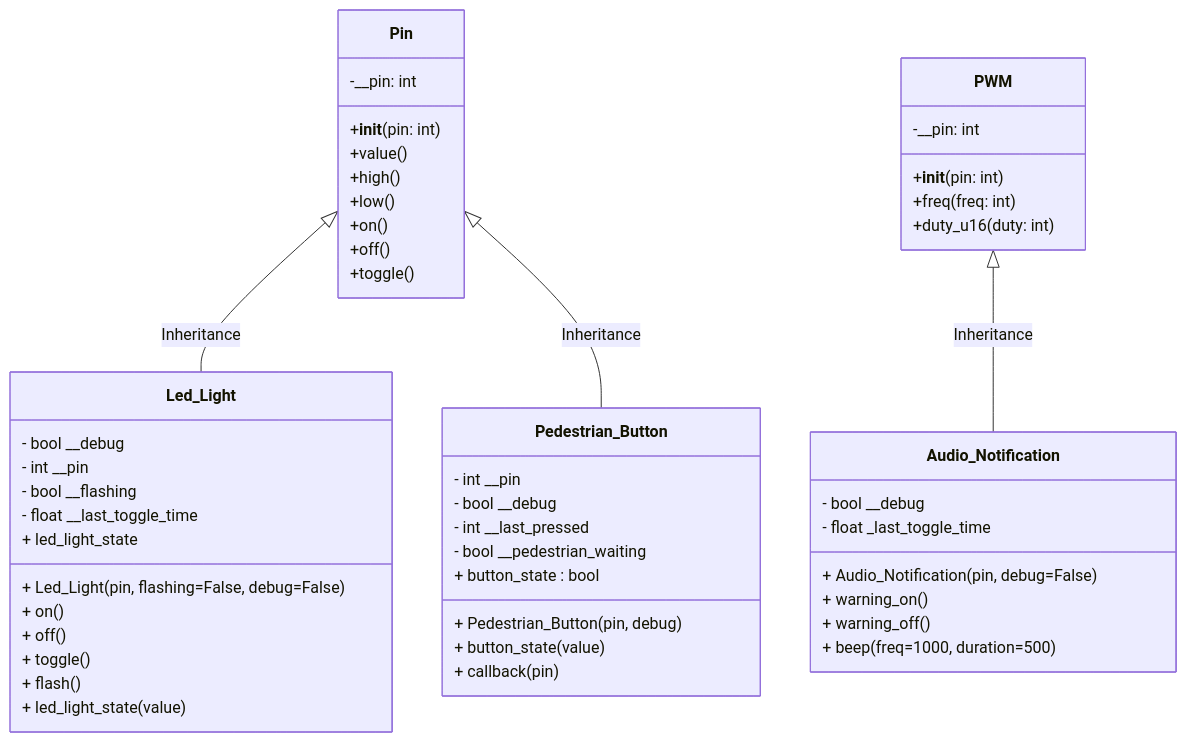
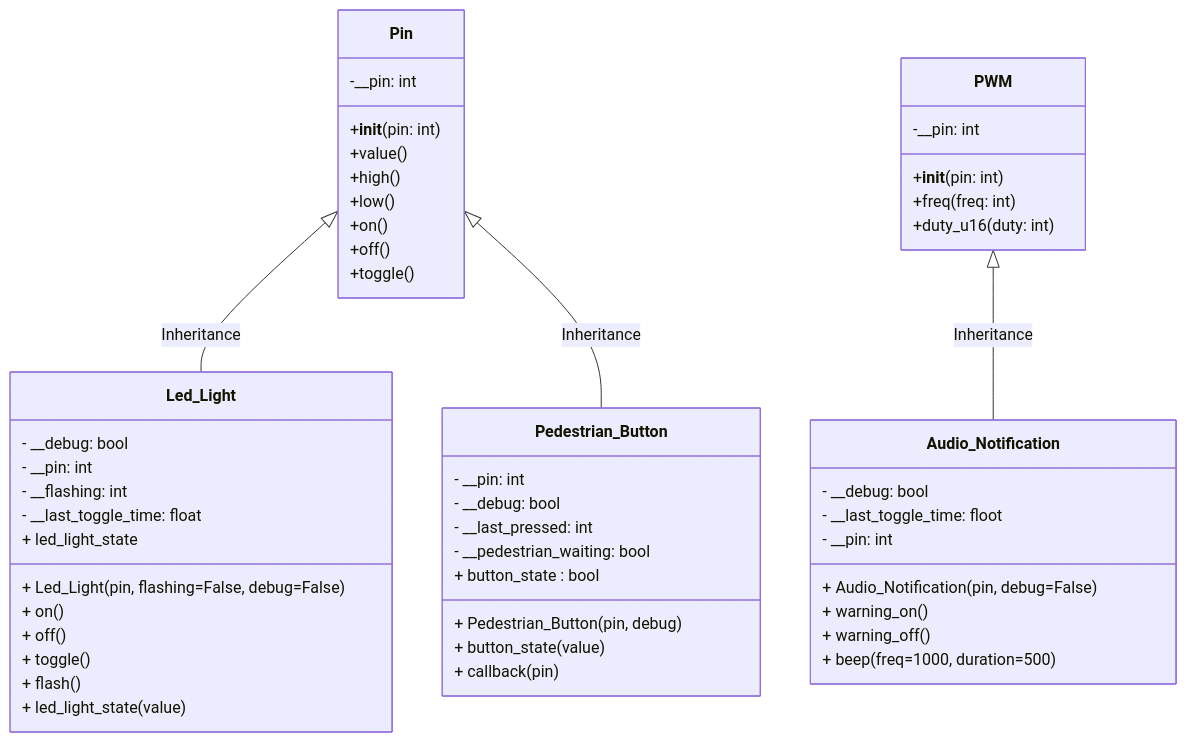
One commit to TempeHS/MicroPython_OOP_Pi_Pico_Mini_Project_Source changed the second of 2 diagrams in tutorials/Lecture1.md. Above: the diagram before and after it, drawn with Mermaid. The commit also changed 5 other files, not shown here.

````diff
--- a/tutorials/Lecture1.md
+++ b/tutorials/Lecture1.md
@@ -79,58 +79,59 @@
 ```mermaid
 classDiagram
     class Pin {
         -__pin: int
         +__init__(pin: int)
         +value()
         +high()
         +low()
         +on()
         +off()
         +toggle()
     }
 
     class PWM {
         -__pin: int
         +__init__(pin: int)
         +freq(freq: int)
         +duty_u16(duty: int)
     }
 
     class Audio_Notification {
-        - bool __debug
-        - float _last_toggle_time
+        - __debug: bool
+        - __last_toggle_time: floot
+        - __pin: int
         + Audio_Notification(pin, debug=False)
         + warning_on()
         + warning_off()
         + beep(freq=1000, duration=500)
     }
     PWM <|-- Audio_Notification : Inheritance
 
     class Led_Light {
-        - bool __debug
-        - int __pin
-        - bool __flashing
-        - float __last_toggle_time
+        - __debug: bool
+        - __pin: int
+        - __flashing: int
+        - __last_toggle_time: float
         + Led_Light(pin, flashing=False, debug=False)
         + on()
         + off()
         + toggle()
         + flash()
         + led_light_state
         + led_light_state(value)
     }
     Pin <|-- Led_Light : Inheritance
 
     class Pedestrian_Button {
-        - int __pin
-        - bool __debug
-        - int __last_pressed
-        - bool __pedestrian_waiting
+        - __pin: int
+        - __debug: bool
+        - __last_pressed: int
+        - __pedestrian_waiting: bool
         + Pedestrian_Button(pin, debug)
         + button_state : bool
         + button_state(value)
         + callback(pin)
     }
     Pin <|-- Pedestrian_Button : Inheritance
 
 ```
````
